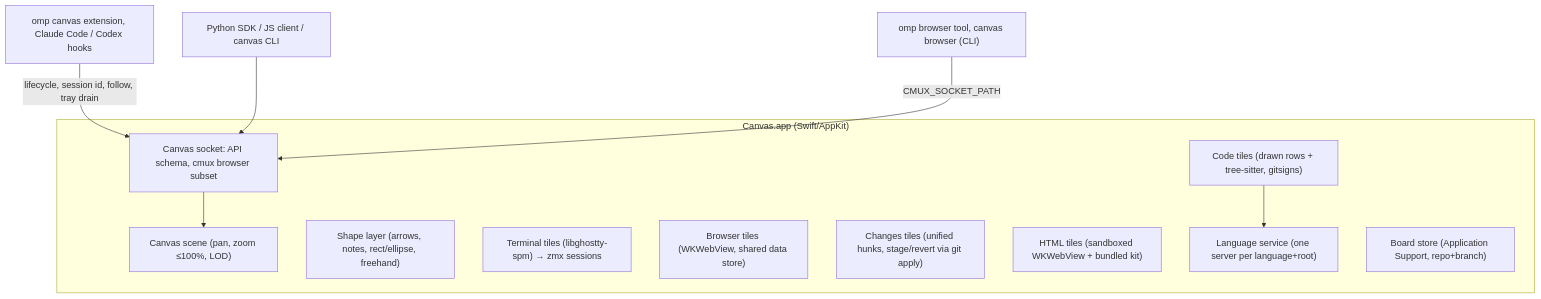
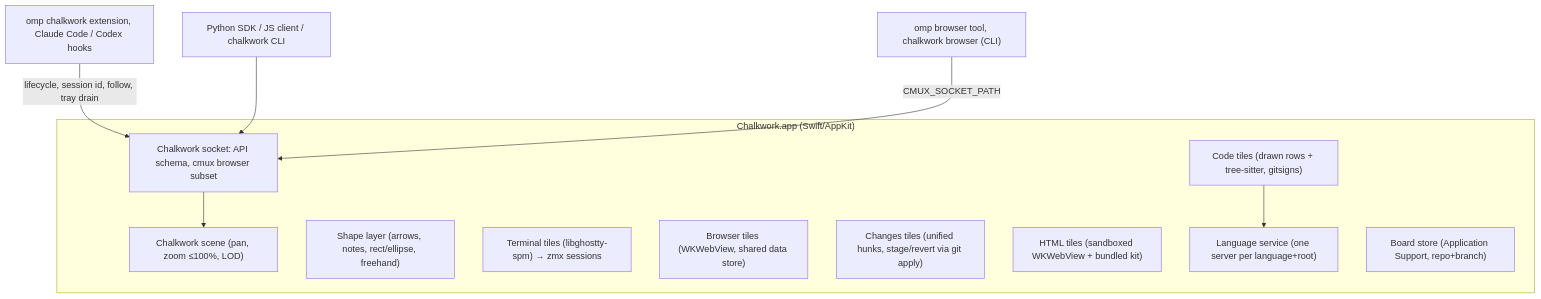
Before and after one commit to twaldin/canvas: the diagram in docs/design.md, drawn with Mermaid. The commit also changed other lines of this file and 138 other files, not shown here.

First line of the commit message:
Canvas is now Chalkwork

````diff
--- a/docs/design.md
+++ b/docs/design.md
@@ -14,20 +14,20 @@
 ```mermaid
 flowchart TB
-  subgraph App["Canvas.app (Swift/AppKit)"]
-    Scene["Canvas scene (pan, zoom ≤100%, LOD)"]
+  subgraph App["Chalkwork.app (Swift/AppKit)"]
+    Scene["Chalkwork scene (pan, zoom ≤100%, LOD)"]
     Ink["Shape layer (arrows, notes, rect/ellipse, freehand)"]
     T["Terminal tiles (libghostty-spm) → zmx sessions"]
     B["Browser tiles (WKWebView, shared data store)"]
     C["Code tiles (drawn rows + tree-sitter, gitsigns)"]
     R["Changes tiles (unified hunks, stage/revert via git apply)"]
     H["HTML tiles (sandboxed WKWebView + bundled kit)"]
     L["Language service (one server per language+root)"]
-    Sock["Canvas socket: API schema, cmux browser subset"]
+    Sock["Chalkwork socket: API schema, cmux browser subset"]
     Store["Board store (Application Support, repo+branch)"]
   end
-  Ext["omp canvas extension, Claude Code / Codex hooks"] -->|"lifecycle, session id, follow, tray drain"| Sock
-  SDK["Python SDK / JS client / canvas CLI"] --> Sock
-  OmpBrowser["omp browser tool, canvas browser (CLI)"] -->|"CMUX_SOCKET_PATH"| Sock
+  Ext["omp chalkwork extension, Claude Code / Codex hooks"] -->|"lifecycle, session id, follow, tray drain"| Sock
+  SDK["Python SDK / JS client / chalkwork CLI"] --> Sock
+  OmpBrowser["omp browser tool, chalkwork browser (CLI)"] -->|"CMUX_SOCKET_PATH"| Sock
   Sock --> Scene
   C --> L
 ```
````
